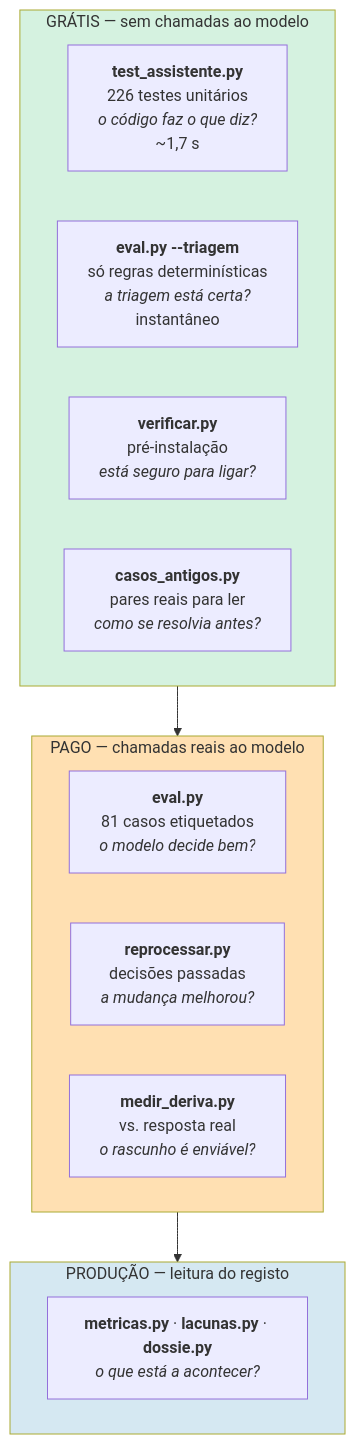
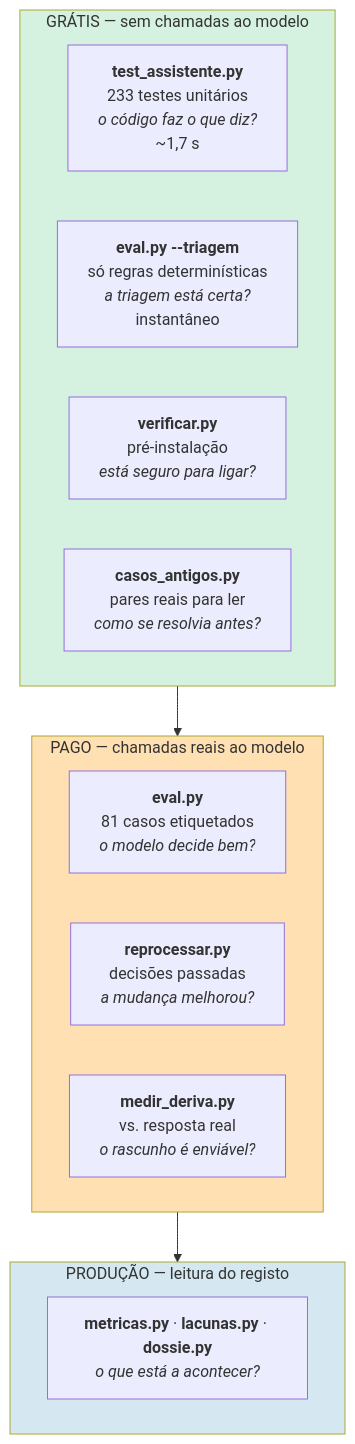
The first of 3 diagrams in docs/05-reliability/qa.md (joaocarvalhini/Outlook-Reply-Assistant), drawn with Mermaid before and after one commit. The commit also changed other lines of this file and 13 other files, not shown here.

````diff
--- a/docs/05-reliability/qa.md
+++ b/docs/05-reliability/qa.md
@@ -19,22 +19,22 @@
 ```mermaid
 flowchart TB
     subgraph G["GRÁTIS — sem chamadas ao modelo"]
-        T1["<b>test_assistente.py</b><br/>226 testes unitários<br/><i>o código faz o que diz?</i><br/>~1,7 s"]
+        T1["<b>test_assistente.py</b><br/>233 testes unitários<br/><i>o código faz o que diz?</i><br/>~1,7 s"]
         T2["<b>eval.py --triagem</b><br/>só regras determinísticas<br/><i>a triagem está certa?</i><br/>instantâneo"]
         T3["<b>verificar.py</b><br/>pré-instalação<br/><i>está seguro para ligar?</i>"]
         T4["<b>casos_antigos.py</b><br/>pares reais para ler<br/><i>como se resolvia antes?</i>"]
     end
     subgraph P["PAGO — chamadas reais ao modelo"]
         T5["<b>eval.py</b><br/>81 casos etiquetados<br/><i>o modelo decide bem?</i>"]
         T6["<b>reprocessar.py</b><br/>decisões passadas<br/><i>a mudança melhorou?</i>"]
         T7["<b>medir_deriva.py</b><br/>vs. resposta real<br/><i>o rascunho é enviável?</i>"]
     end
     subgraph PR["PRODUÇÃO — leitura do registo"]
         T8["<b>metricas.py</b> · <b>lacunas.py</b> · <b>dossie.py</b><br/><i>o que está a acontecer?</i>"]
     end
 
     G --> P --> PR
     style G fill:#d5f2e0
     style P fill:#ffe0b2
     style PR fill:#d5e8f2
 ```
````
